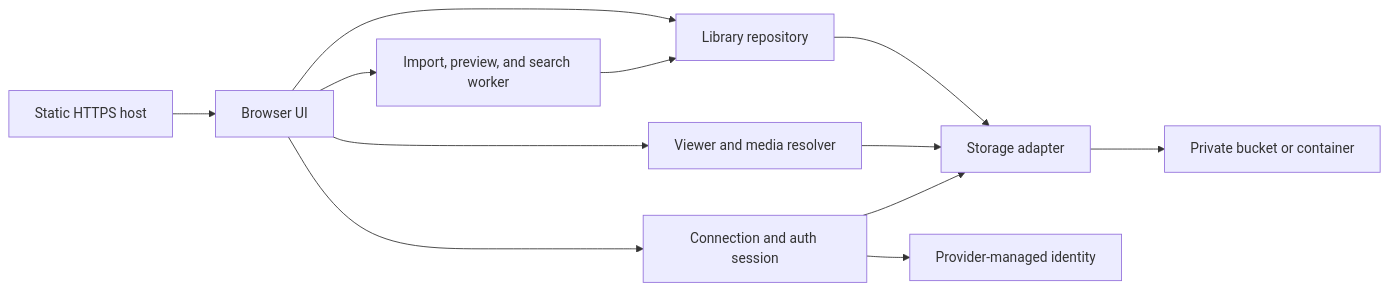
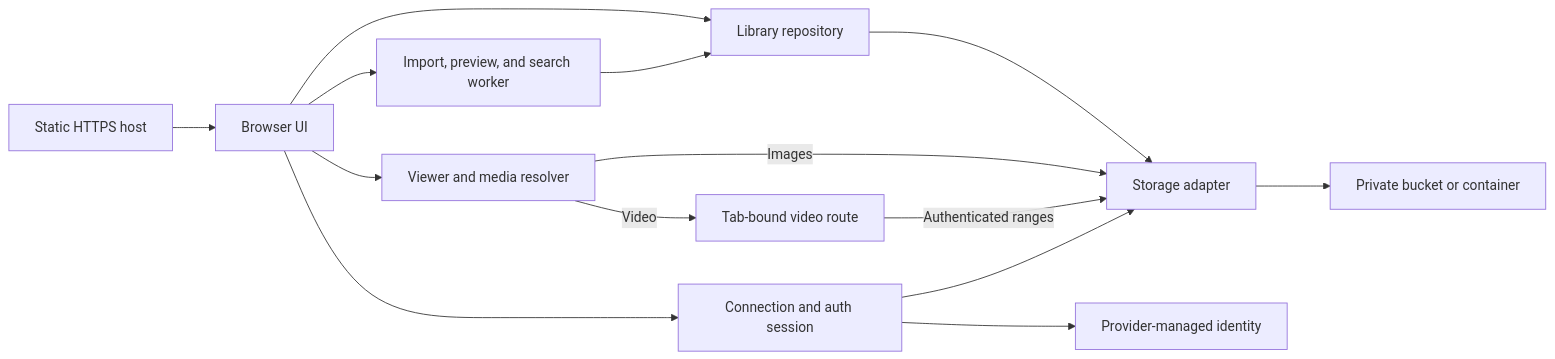
Before and after one commit to ricardocabral/minnelux: the diagram in docs/prod/minnelux-prd.md, drawn with Mermaid. The commit also changed other lines of this file and 15 other files, not shown here.

First line of the commit message:
Document Amazon S3 connector architecture and setup

````diff
--- a/docs/prod/minnelux-prd.md
+++ b/docs/prod/minnelux-prd.md
@@ -28,14 +28,16 @@
 ```mermaid
 flowchart LR
     Host["Static HTTPS host"] --> UI["Browser UI"]
     UI --> Library["Library repository"]
     UI --> Worker["Import, preview, and search worker"]
     UI --> Media["Viewer and media resolver"]
     UI --> Session["Connection and auth session"]
     Worker --> Library
     Library --> Store["Storage adapter"]
-    Media --> Store
+    Media -->|Images| Store
+    Media -->|Video| Relay["Tab-bound video route"]
+    Relay -->|Authenticated ranges| Store
     Session --> Store
     Session --> Identity["Provider-managed identity"]
     Store --> Bucket["Private bucket or container"]
 ```
````
